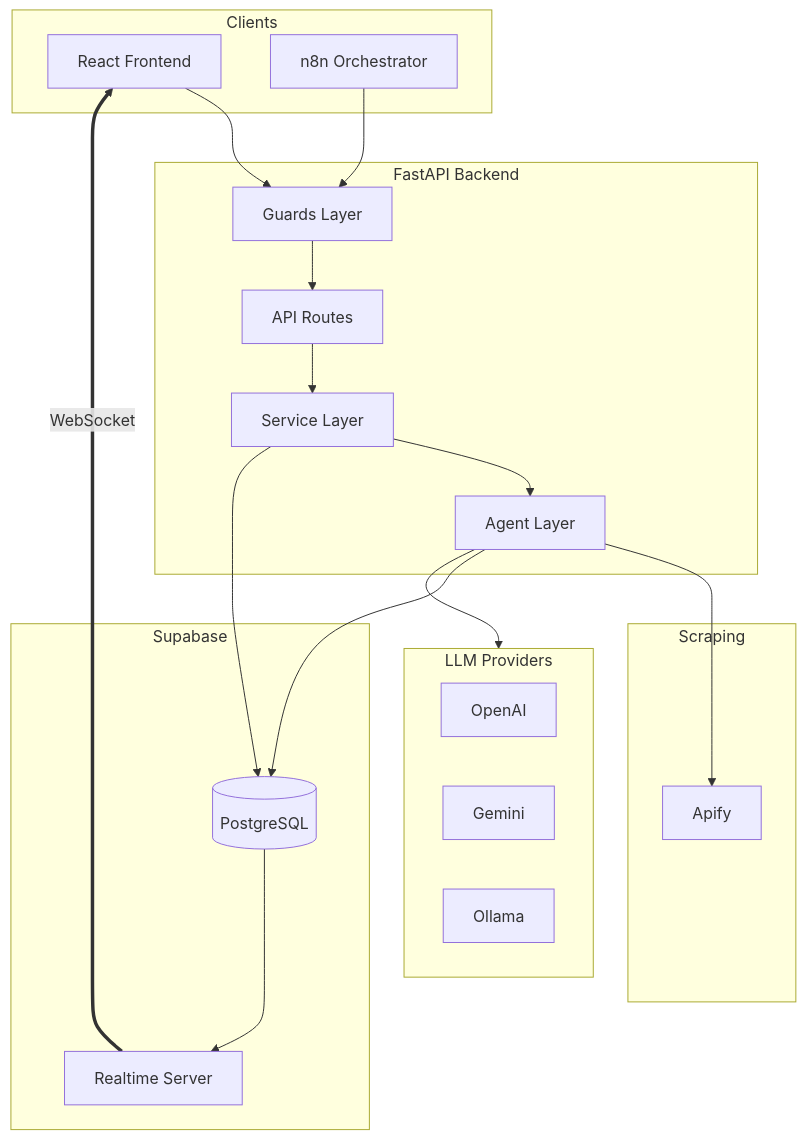
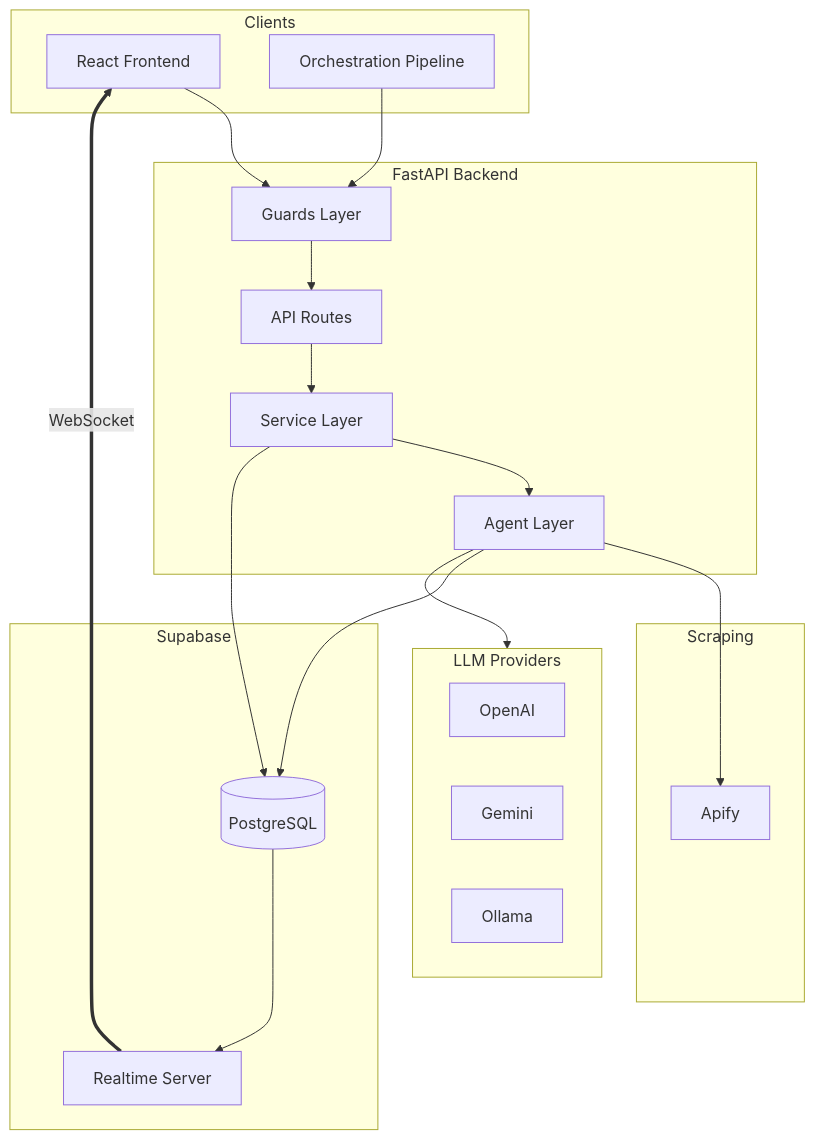
Before and after one commit to ela-ravi/modern-partner-scout: the first of 3 diagrams in docs/Backend_Implementation_Guide.md, drawn with Mermaid. The commit also changed other lines of this file and 44 other files, not shown here.

First line of the commit message:
refactor: Remove n8n dependency, use internal orchestration pipeline directly

````diff
--- a/docs/Backend_Implementation_Guide.md
+++ b/docs/Backend_Implementation_Guide.md
@@ -30,41 +30,41 @@
 ```mermaid
 flowchart TB
     subgraph clients [Clients]
         FE[React Frontend]
-        N8N[n8n Orchestrator]
+        ORCH[Orchestration Pipeline]
     end
     
     subgraph backend [FastAPI Backend]
         Guards[Guards Layer]
         Routes[API Routes]
         Services[Service Layer]
         AgentLayer[Agent Layer]
     end
     
     subgraph db [Supabase]
         PG[(PostgreSQL)]
         Realtime[Realtime Server]
     end
     
     subgraph llm [LLM Providers]
         OpenAI[OpenAI]
         Gemini[Gemini]
         Ollama[Ollama]
     end
     
     subgraph scraping [Scraping]
         Apify[Apify]
     end
     
     FE --> Guards
-    N8N --> Guards
+    ORCH --> Guards
     Guards --> Routes
     Routes --> Services
     Services --> AgentLayer
     AgentLayer --> llm
     AgentLayer --> Apify
     Services --> PG
     AgentLayer --> PG
     PG --> Realtime
     Realtime ==>|WebSocket| FE
 ```
````
